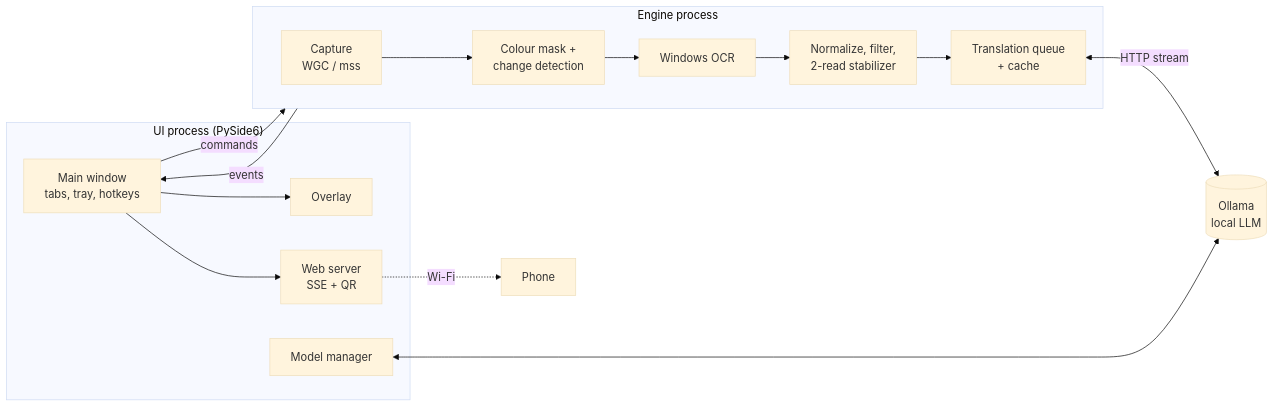
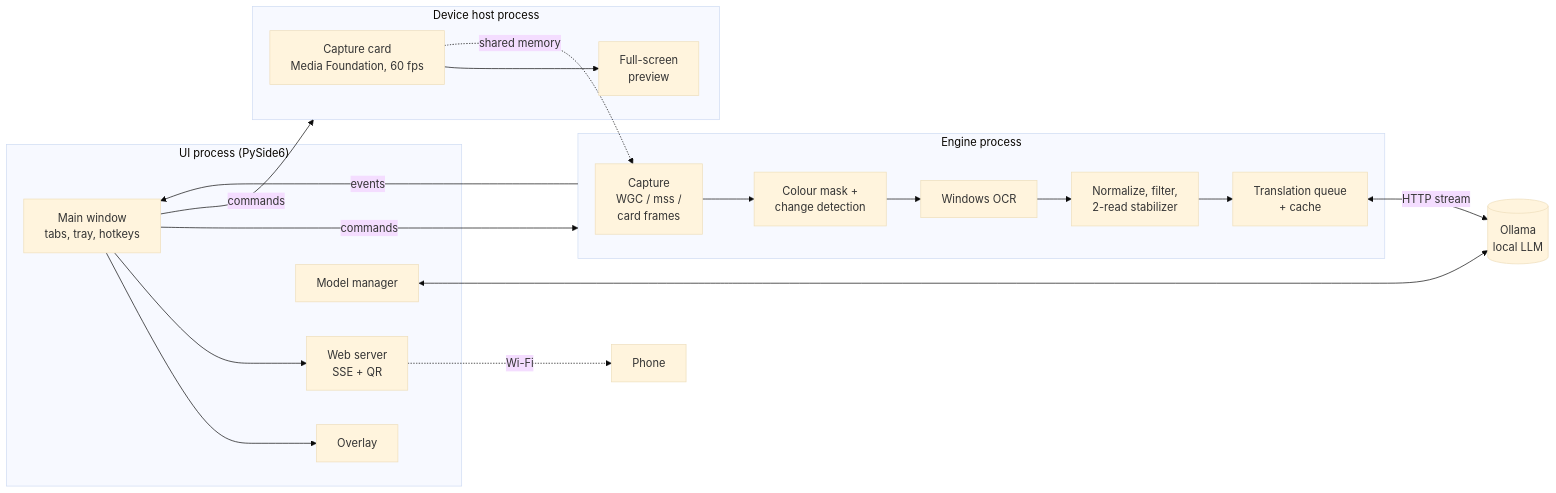
The diagram in README.md (MertCodur-0/LiveSubs), drawn with Mermaid (base theme) before and after one commit. The commit also changed other lines of this file and 3 other files, not shown here.

First line of the commit message:
Document the capture card and cover it in the build's smoke test

````diff
--- a/README.md
+++ b/README.md
@@ -50,22 +54,27 @@
 ```mermaid
 flowchart LR
     subgraph UI["UI process (PySide6)"]
         MW[Main window<br/>tabs, tray, hotkeys]
         OV[Overlay]
         WEB[Web server<br/>SSE + QR]
         MM[Model manager]
     end
+    subgraph DEV["Device host process"]
+        CARD[Capture card<br/>Media Foundation, 60 fps] --> PRE[Full-screen<br/>preview]
+    end
     subgraph ENG["Engine process"]
-        CAP[Capture<br/>WGC / mss] --> VIS[Colour mask +<br/>change detection]
+        CAP[Capture<br/>WGC / mss /<br/>card frames] --> VIS[Colour mask +<br/>change detection]
         VIS --> OCR[Windows OCR]
         OCR --> TXT[Normalize, filter,<br/>2-read stabilizer]
         TXT --> TR[Translation queue<br/>+ cache]
     end
     TR <-->|HTTP stream| OL[(Ollama<br/>local LLM)]
     MM <--> OL
     MW -- commands --> ENG
     ENG -- events --> MW
+    MW -- commands --> DEV
+    CARD -.->|shared memory| CAP
     MW --> OV
     MW --> WEB
     WEB -.->|Wi-Fi| PHONE[Phone]
 ```
````
